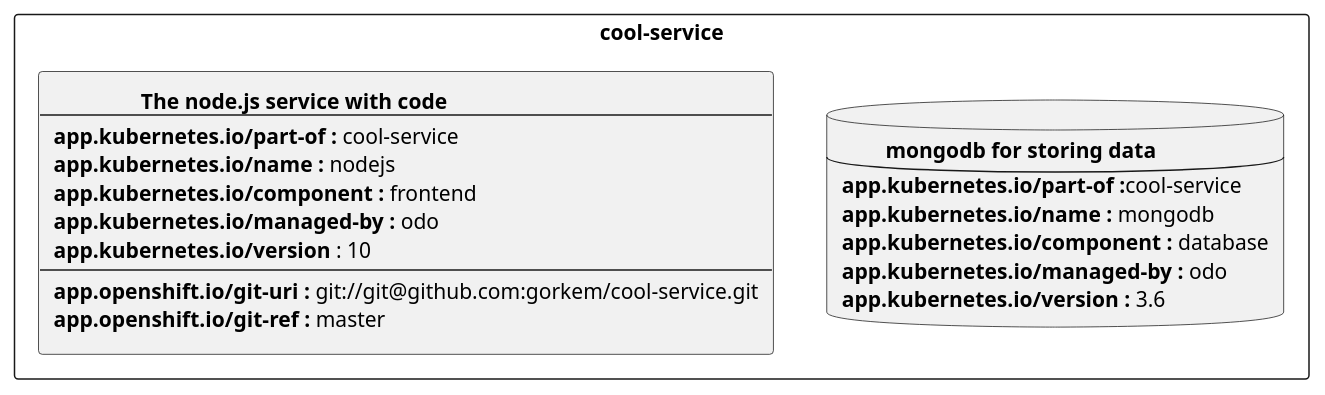
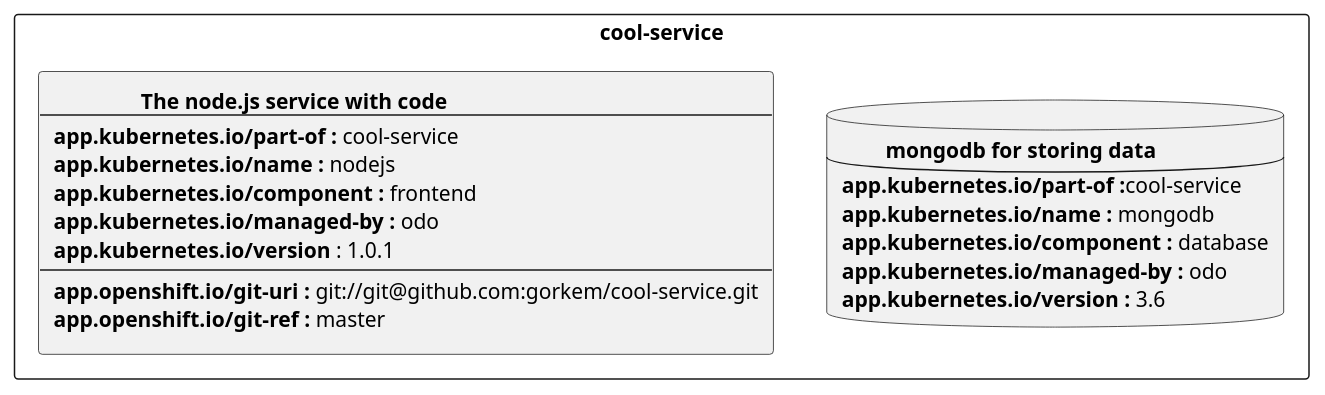
One commit to redhat-developer/app-labels changed the first of 2 diagrams in labels-annotation-for-openshift.adoc. Above: the diagram before and after it, drawn with PlantUML. The commit also changed other lines of this file, not shown here.

```diff
--- a/labels-annotation-for-openshift.adoc
+++ b/labels-annotation-for-openshift.adoc
@@ -112,30 +112,30 @@
 [plantuml]
 ----
 @startuml
 rectangle cool-service {
     database mongodb   [
                \t<b>mongodb for storing data
             ----
             <b>app.kubernetes.io/part-of :</b>cool-service
             <b>app.kubernetes.io/name :</b> mongodb
             <b>app.kubernetes.io/component :</b> database
             <b>app.kubernetes.io/managed-by :</b> odo
             <b>app.kubernetes.io/version :</b> 3.6
         ]
     rectangle nodejs   [
             \t\t<b>The node.js service with code</b>
             ----
             <b>app.kubernetes.io/part-of :</b> cool-service
             <b>app.kubernetes.io/name :</b> nodejs
             <b>app.kubernetes.io/component :</b> frontend
             <b>app.kubernetes.io/managed-by :</b> odo
-            <b>app.kubernetes.io/version</b> : 10
+            <b>app.kubernetes.io/version</b> : 1.0.1
             ----
             <b>app.openshift.io/git-uri :</b> git://git@github.com:gorkem/cool-service.git
             <b>app.openshift.io/git-ref :</b> master
         ]
 
 }
 
 @enduml
 ----
```
